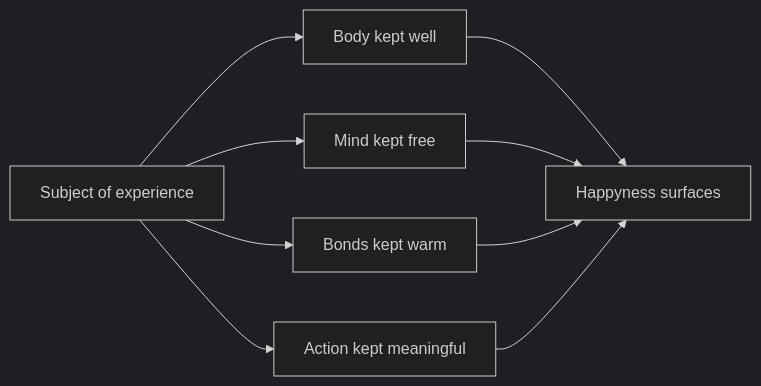
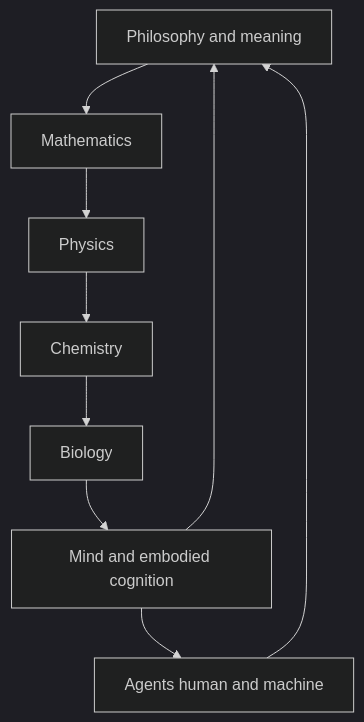
Before and after one commit to ltbhappyness/docs: the diagram in chapters/00_mission.md, drawn with Mermaid (dark theme). The commit also changed other lines of this file and 22 other files, not shown here.

Commit message:
Yellow paper v0.4-draft: mission and architecture stack

````diff
--- a/chapters/00_mission.md
+++ b/chapters/00_mission.md
@@ -38,18 +203,14 @@
 ```mermaid
-flowchart LR
-  Subject[Subject of experience]
-  Body[Body kept well]
-  Mind[Mind kept free]
-  Bonds[Bonds kept warm]
-  Action[Action kept meaningful]
-  Happy[Happyness surfaces]
+flowchart TD
+  PhiNode[Philosophy and meaning]
+  MathNode[Mathematics]
+  PhysNode[Physics]
+  ChemNode[Chemistry]
+  BioNode[Biology]
+  MindNode[Mind and embodied cognition]
+  AgentNode[Agents human and machine]
 
-  Subject --> Body
-  Subject --> Mind
-  Subject --> Bonds
-  Subject --> Action
-  Body --> Happy
-  Mind --> Happy
-  Bonds --> Happy
-  Action --> Happy
+  PhiNode --> MathNode --> PhysNode --> ChemNode --> BioNode --> MindNode --> AgentNode
+  MindNode --> PhiNode
+  AgentNode --> PhiNode
 ```
````
